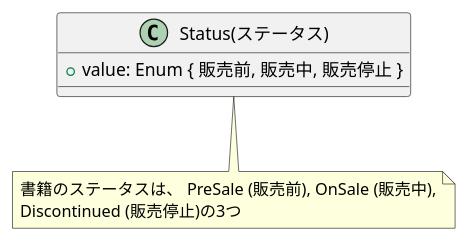
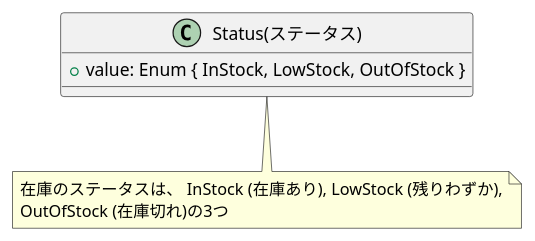
Before and after one commit to yamachan0625/zenn: diagram 13 of 14 in books/ddd-hands-on/chapter6.md, drawn with PlantUML. The commit also changed other lines of this file and 10 other files, not shown here.

````diff
--- a/books/ddd-hands-on/chapter6.md
+++ b/books/ddd-hands-on/chapter6.md
@@ -406,15 +415,16 @@
 ```plantuml:StockManagement/Domain/models/Book/Stock/Status/Status.pu
 
 @startuml Status
 
 class "Status(ステータス)" as Status {
-    + value: Enum { 販売前, 販売中, 販売停止 }
+    + value: Enum { InStock, LowStock, OutOfStock }
 }
 
 note bottom of Status
-    書籍のステータスは、 PreSale (販売前), OnSale (販売中),
-    Discontinued (販売停止)の3つ
+    在庫のステータスは、 InStock (在庫あり), LowStock (残りわずか),
+    OutOfStock (在庫切れ)の3つ
 end note
 
 @enduml
+
 ```
````
